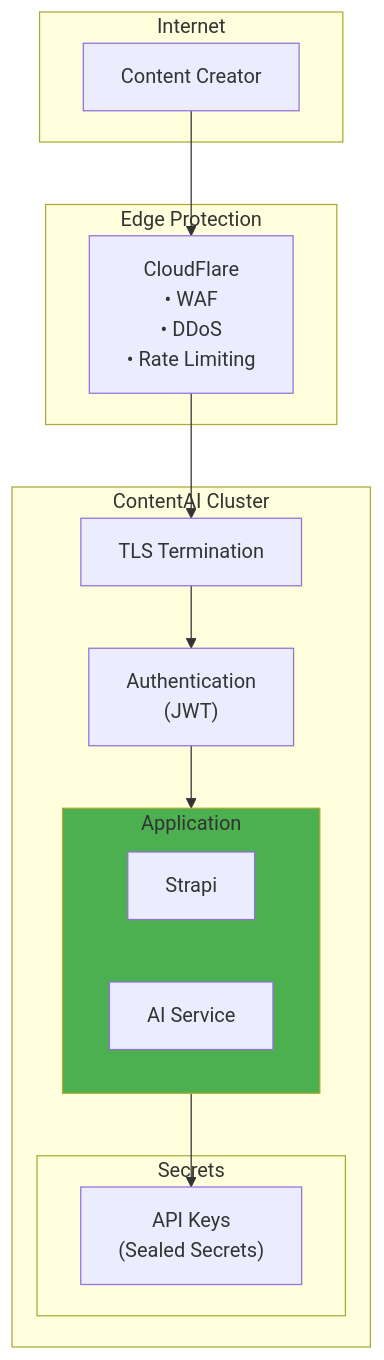
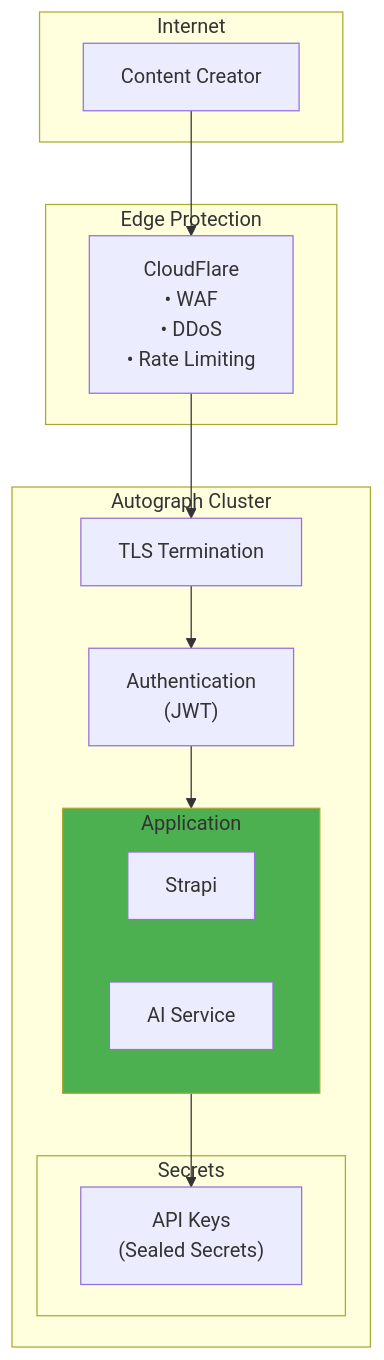
Before and after one commit to PearlThoughtsInternship/Internship-Obsidian-Vault: the ninth of 9 diagrams in DevOps/01-Product/03-Capabilities.md, drawn with Mermaid. The commit also changed other lines of this file and 8 other files, not shown here.

First line of the commit message:
rebrand: Complete ContentAI → Autograph rename across all docs

````diff
--- a/DevOps/01-Product/03-Capabilities.md
+++ b/DevOps/01-Product/03-Capabilities.md
@@ -344,29 +344,29 @@
 ```mermaid
 flowchart TB
     subgraph External["Internet"]
         User["Content Creator"]
     end
 
     subgraph Edge["Edge Protection"]
         CF["CloudFlare\n• WAF\n• DDoS\n• Rate Limiting"]
     end
 
-    subgraph ContentAI["ContentAI Cluster"]
+    subgraph Autograph["Autograph Cluster"]
         TLS["TLS Termination"]
         Auth["Authentication\n(JWT)"]
 
         subgraph App["Application"]
             Strapi["Strapi"]
             AI["AI Service"]
         end
 
         subgraph Secrets["Secrets"]
             Keys["API Keys\n(Sealed Secrets)"]
         end
     end
 
     User --> CF --> TLS --> Auth --> App
     App --> Keys
 
     style App fill:#4CAF50
 ```
````
